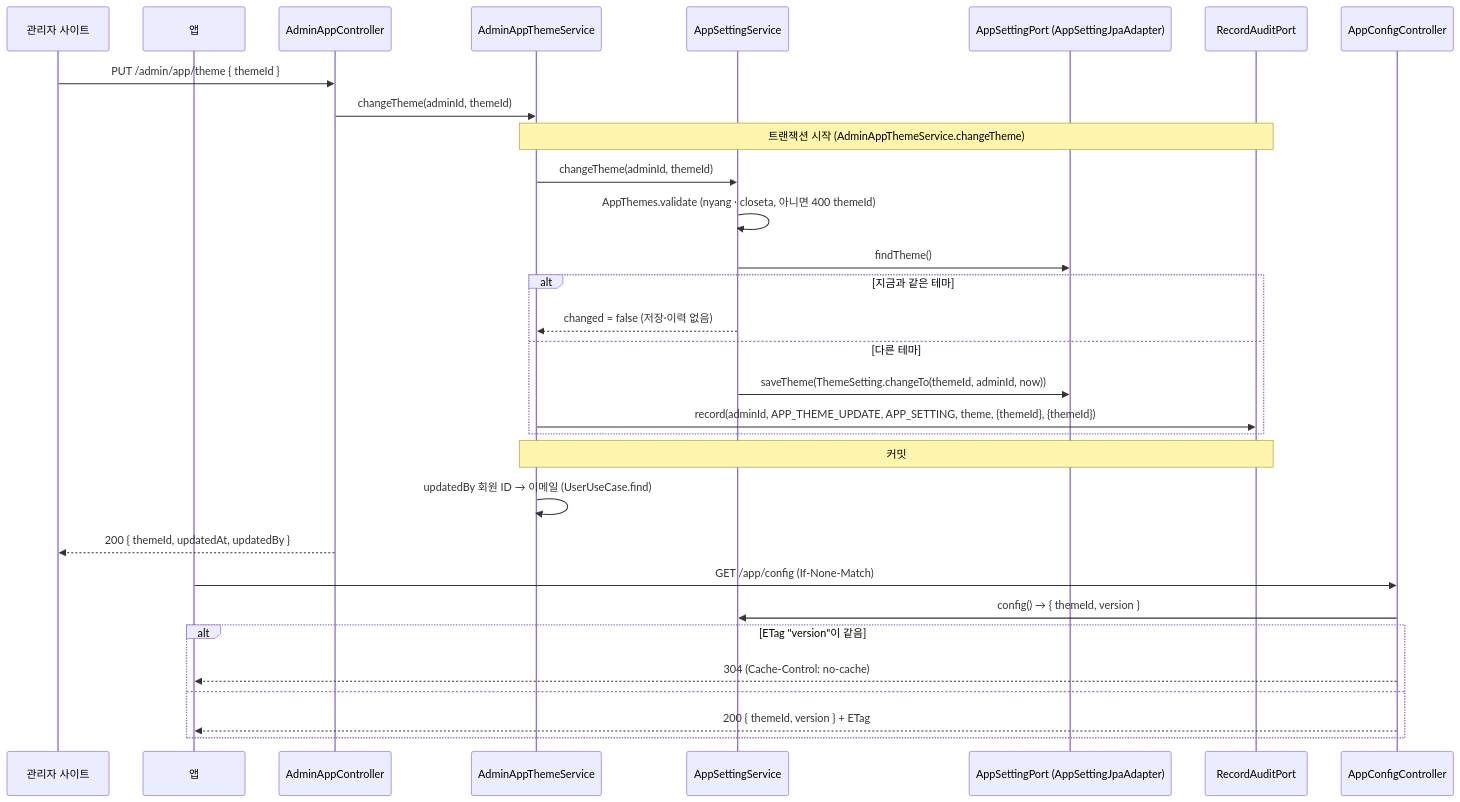
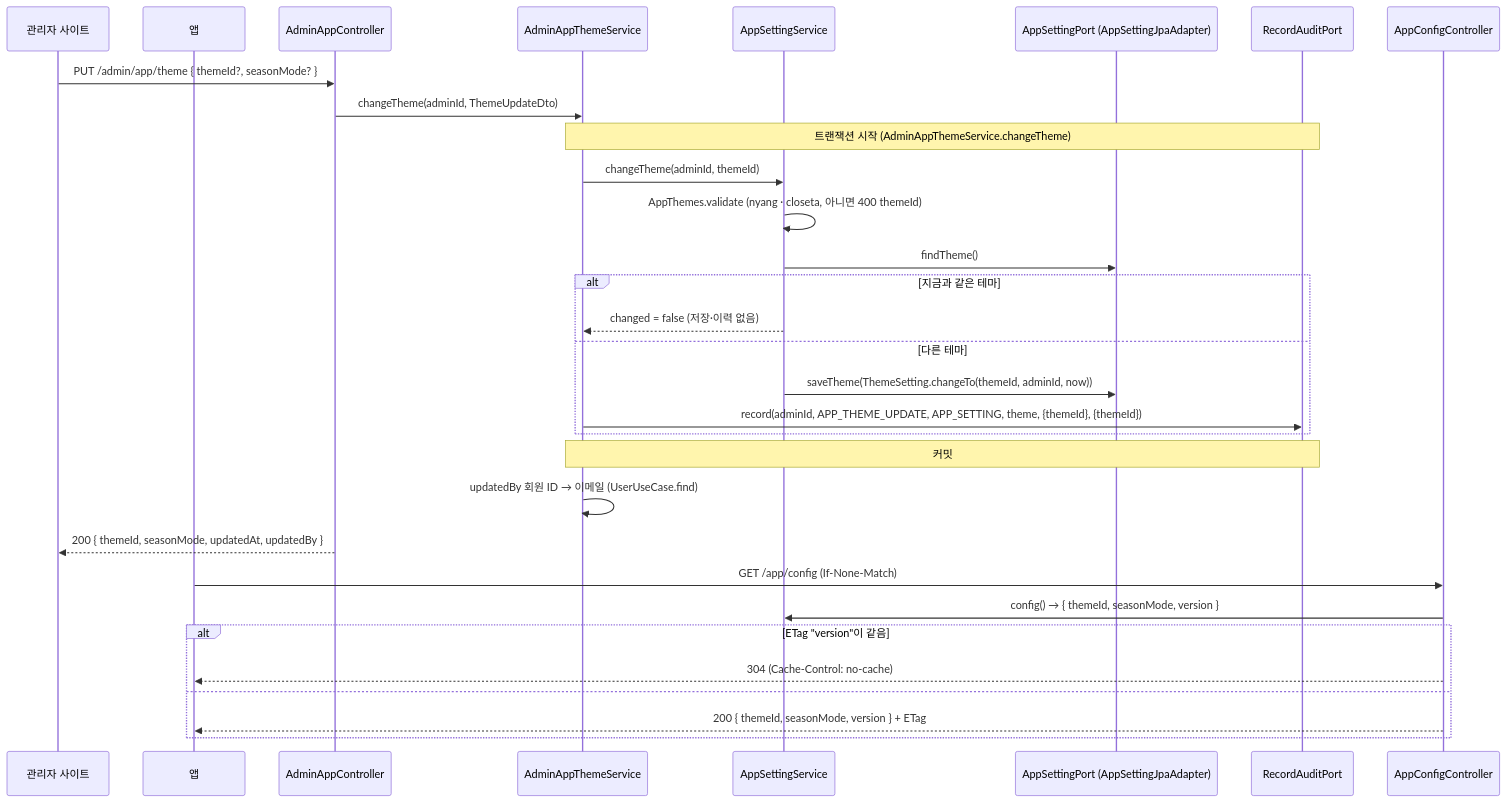
Diagram 12 of 17 in doc/10_백엔드_흐름.md (showzone83/wearly), drawn with Mermaid before and after one commit. The commit also changed other lines of this file and 21 other files, not shown here.

````diff
--- a/doc/10_백엔드_흐름.md
+++ b/doc/10_백엔드_흐름.md
@@ -784,35 +787,35 @@
 ```mermaid
 sequenceDiagram
   participant A as 관리자 사이트
   participant C as 앱
   participant AAC as AdminAppController
   participant ATS as AdminAppThemeService
   participant AS as AppSettingService
   participant AP as AppSettingPort (AppSettingJpaAdapter)
   participant AU as RecordAuditPort
   participant CC as AppConfigController
 
-  A->>AAC: PUT /admin/app/theme { themeId }
-  AAC->>ATS: changeTheme(adminId, themeId)
+  A->>AAC: PUT /admin/app/theme { themeId?, seasonMode? }
+  AAC->>ATS: changeTheme(adminId, ThemeUpdateDto)
   Note over ATS,AU: 트랜잭션 시작 (AdminAppThemeService.changeTheme)
   ATS->>AS: changeTheme(adminId, themeId)
   AS->>AS: AppThemes.validate (nyang · closeta, 아니면 400 themeId)
   AS->>AP: findTheme()
   alt 지금과 같은 테마
     AS-->>ATS: changed = false (저장·이력 없음)
   else 다른 테마
     AS->>AP: saveTheme(ThemeSetting.changeTo(themeId, adminId, now))
     ATS->>AU: record(adminId, APP_THEME_UPDATE, APP_SETTING, theme, {themeId}, {themeId})
   end
   Note over ATS,AU: 커밋
   ATS->>ATS: updatedBy 회원 ID → 이메일 (UserUseCase.find)
-  AAC-->>A: 200 { themeId, updatedAt, updatedBy }
+  AAC-->>A: 200 { themeId, seasonMode, updatedAt, updatedBy }
 
   C->>CC: GET /app/config (If-None-Match)
-  CC->>AS: config() → { themeId, version }
+  CC->>AS: config() → { themeId, seasonMode, version }
   alt ETag "version"이 같음
     CC-->>C: 304 (Cache-Control: no-cache)
   else
-    CC-->>C: 200 { themeId, version } + ETag
+    CC-->>C: 200 { themeId, seasonMode, version } + ETag
   end
 ```
````
